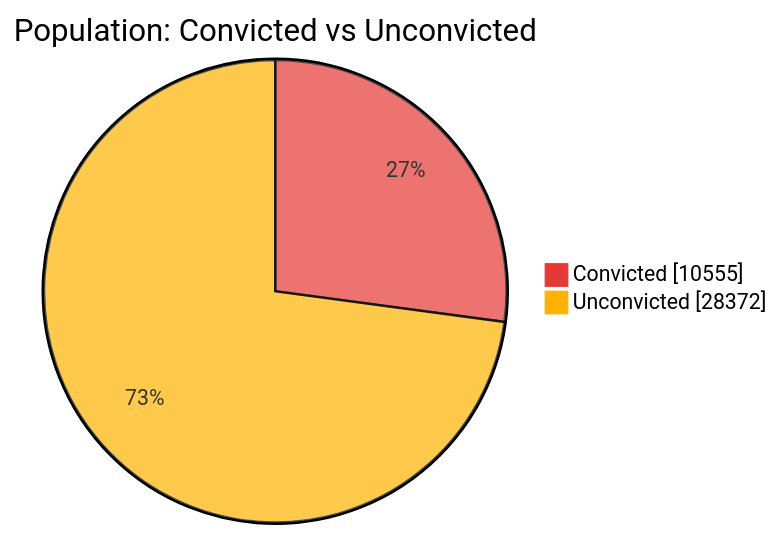
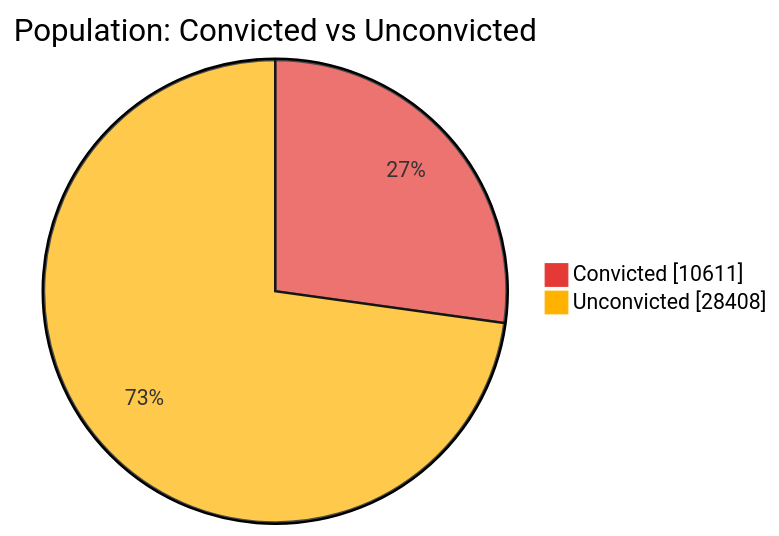
One commit to nuuuwan/lk_prisons changed the first of 7 diagrams in README.md. Above: the diagram before and after it, drawn with Mermaid. The commit also changed other lines of this file and 1 other file, not shown here.

````diff
--- a/README.md
+++ b/README.md
@@ -43,6 +43,6 @@
 ```mermaid
 %%{init: {'themeVariables': {'pie1': '#E53935', 'pie2': '#FFB300'}}}%%
 pie showData title Population: Convicted vs Unconvicted
-    "Convicted" : 10555
-    "Unconvicted" : 28372
+    "Convicted" : 10611
+    "Unconvicted" : 28408
 ```
````
